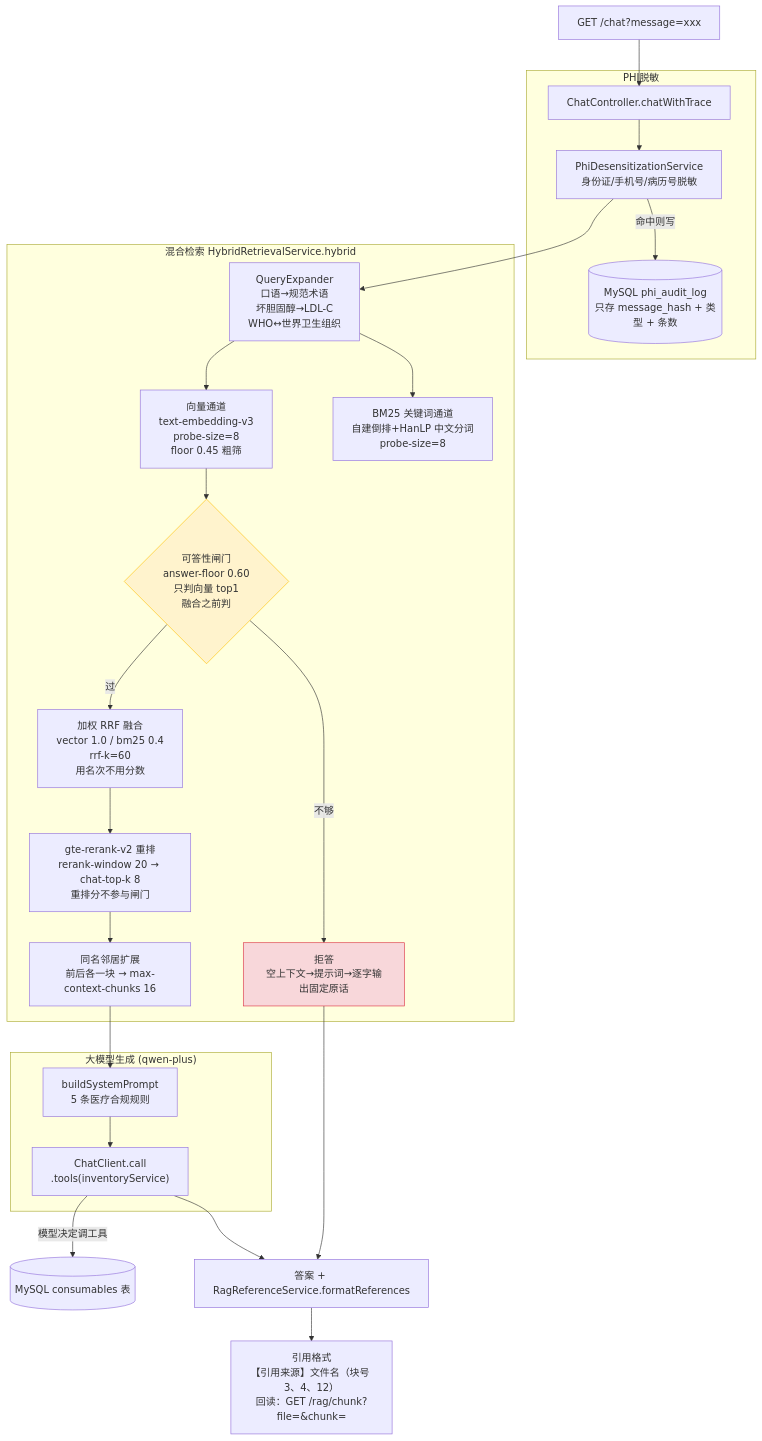
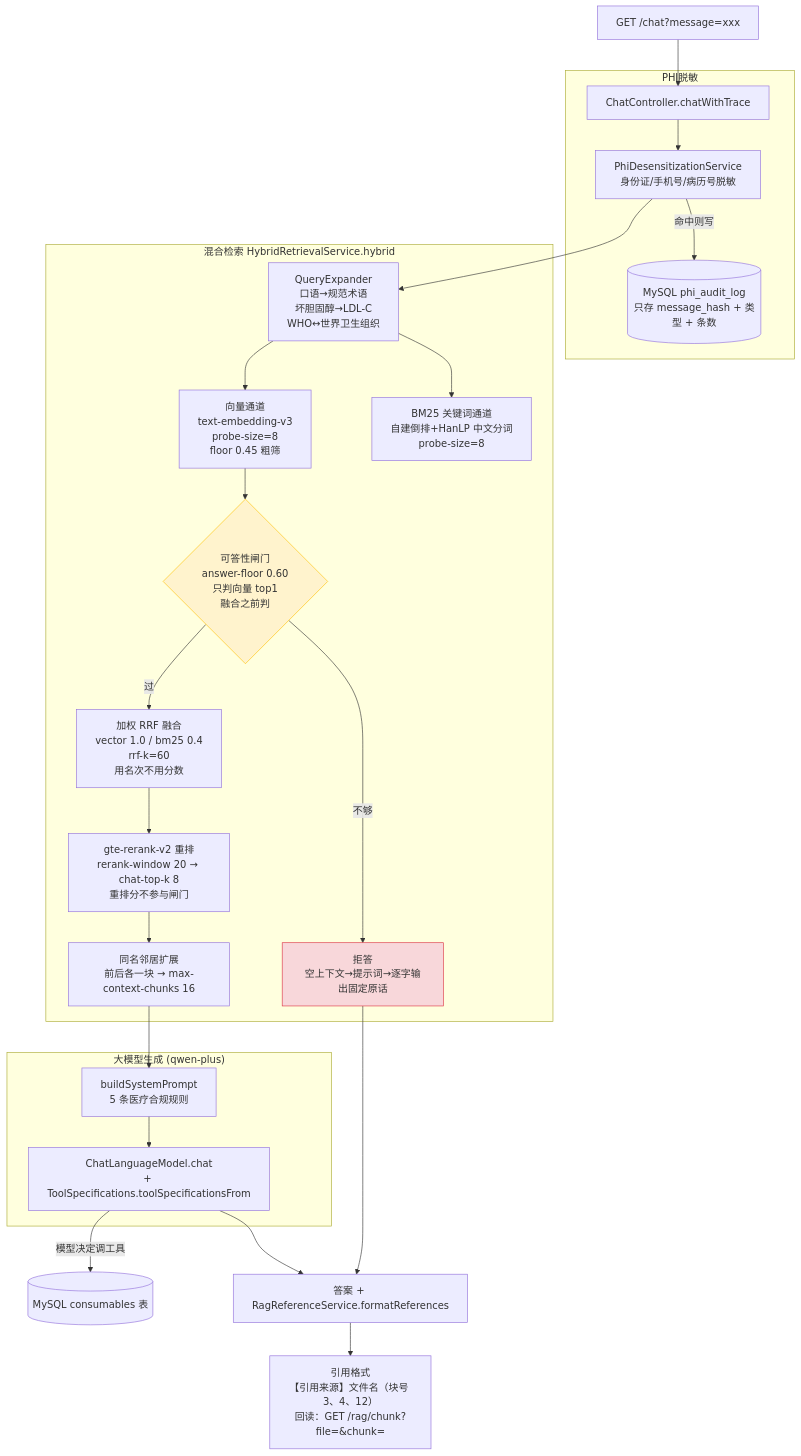
One commit to zhenjb513/medical-rag changed the second of 3 diagrams in README.md. Above: the diagram before and after it, drawn with Mermaid. The commit also changed other lines of this file, not shown here.

````diff
--- a/README.md
+++ b/README.md
@@ -303,38 +308,38 @@
 ```mermaid
 flowchart TD
     A["GET /chat?message=xxx"] --> B["ChatController.chatWithTrace"]
 
     subgraph PHI脱敏
         B --> C["PhiDesensitizationService<br>身份证/手机号/病历号脱敏"]
         C -->|命中则写| D[("MySQL phi_audit_log<br>只存 message_hash + 类型 + 条数")]
     end
 
     subgraph "混合检索 HybridRetrievalService.hybrid"
         C --> E["QueryExpander<br>口语→规范术语<br>坏胆固醇→LDL-C<br>WHO↔世界卫生组织"]
 
         E --> F1["向量通道<br>text-embedding-v3<br>probe-size=8<br>floor 0.45 粗筛"]
         E --> F2["BM25 关键词通道<br>自建倒排+HanLP 中文分词<br>probe-size=8"]
 
         F1 --> G{"可答性闸门<br>answer-floor 0.60<br>只判向量 top1<br>融合之前判"}
         G -->|不够| H["拒答<br>空上下文→提示词→逐字输出固定原话"]
         G -->|过| I["加权 RRF 融合<br>vector 1.0 / bm25 0.4<br>rrf-k=60<br>用名次不用分数"]
 
         I --> J["gte-rerank-v2 重排<br>rerank-window 20 → chat-top-k 8<br>重排分不参与闸门"]
         J --> K["同名邻居扩展<br>前后各一块 → max-context-chunks 16"]
     end
 
     subgraph "大模型生成 (qwen-plus)"
         K --> L["buildSystemPrompt<br>5 条医疗合规规则"]
-        L --> M["ChatClient.call<br>.tools(inventoryService)"]
+        L --> M["ChatLanguageModel.chat<br>+ ToolSpecifications.toolSpecificationsFrom"]
     end
 
     M -->|模型决定调工具| N[("MySQL consumables 表")]
     M --> O["答案 + RagReferenceService.formatReferences"]
 
     H --> O
 
     O --> P["引用格式<br>【引用来源】文件名（块号 3、4、12）<br>回读：GET /rag/chunk?file=&chunk="]
 
     style G fill:#fff3cd,stroke:#ffc107
     style H fill:#f8d7da,stroke:#dc3545
 ```
````
